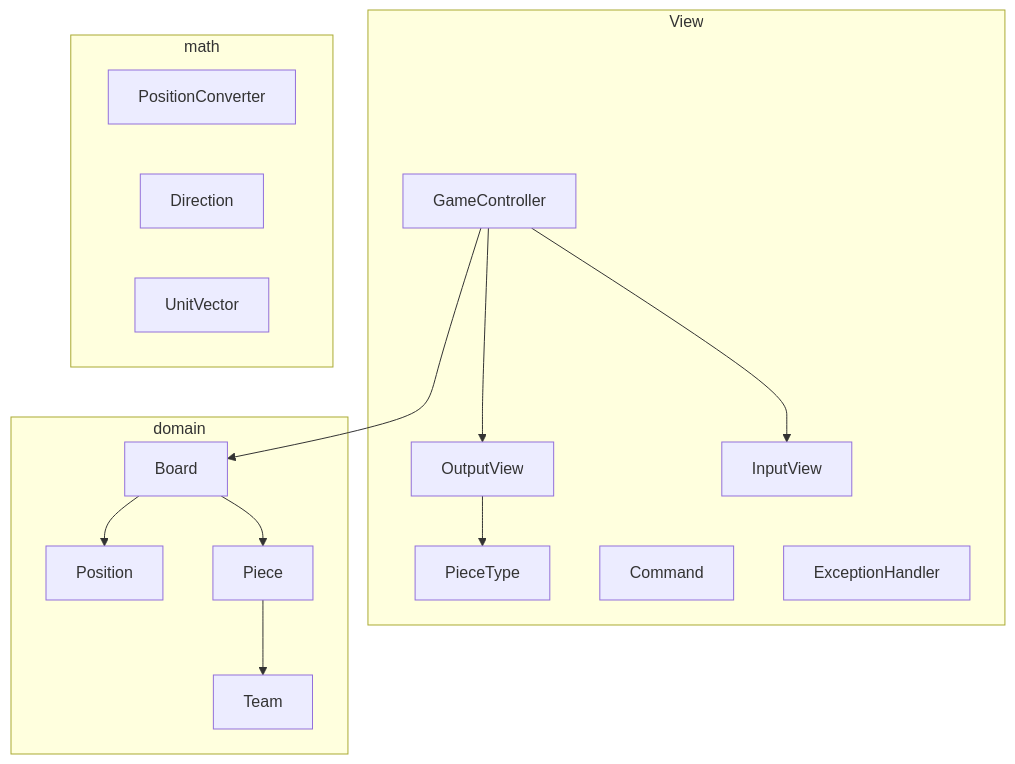
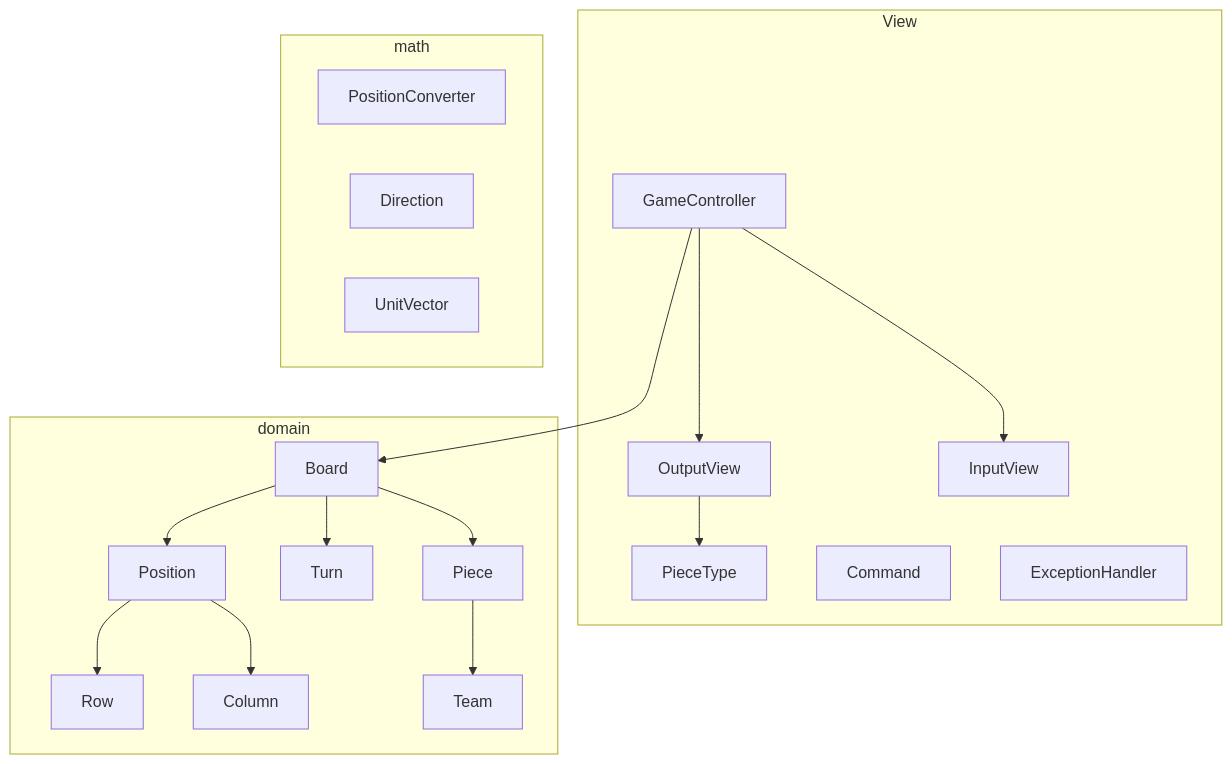
One commit to woowacourse/java-chess changed the diagram in README.md. Above: the diagram before and after it, drawn with Mermaid. The commit also changed other lines of this file and 50 other files, not shown here.

````diff
--- a/README.md
+++ b/README.md
@@ -9,23 +9,26 @@
 ```mermaid
 graph TD
     subgraph View
         GameController --> OutputView
         GameController --> InputView
         OutputView --> PieceType
         Command
         ExceptionHandler
     end
 
     subgraph domain
         GameController --> Board
         Board --> Position
+        Board --> Turn
+        Position --> Row
+        Position --> Column
         Board --> Piece
         Piece --> Team
     end
 
     subgraph math
         PositionConverter
         Direction
         UnitVector
     end
 ```
````
